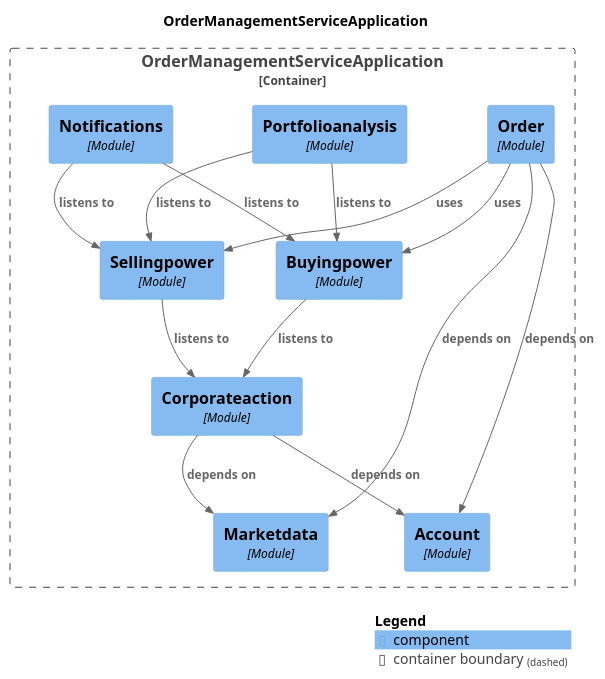
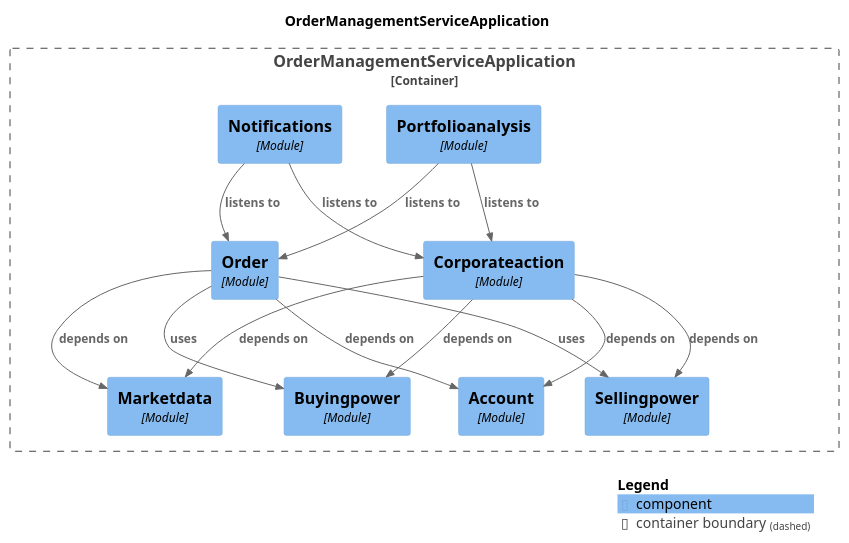
One commit to NosearY/order-management-service-reference-implementation changed the diagram in static/spring-modulith-docs/components.puml. Above: the diagram before and after it, drawn with PlantUML. The commit also changed 22 other files, not shown here.

```diff
--- a/static/spring-modulith-docs/components.puml
+++ b/static/spring-modulith-docs/components.puml
@@ -1,36 +1,36 @@
 @startuml
 set separator none
 title OrderManagementServiceApplication
 
 top to bottom direction
 
 !include <C4/C4>
 !include <C4/C4_Context>
 !include <C4/C4_Component>
 
 Container_Boundary("OrderManagementServiceApplication.OrderManagementServiceApplication_boundary", "OrderManagementServiceApplication", $tags="") {
   Component(OrderManagementServiceApplication.OrderManagementServiceApplication.Order, "Order", $techn="Module", $descr="", $tags="", $link="")
   Component(OrderManagementServiceApplication.OrderManagementServiceApplication.Portfolioanalysis, "Portfolioanalysis", $techn="Module", $descr="", $tags="", $link="")
   Component(OrderManagementServiceApplication.OrderManagementServiceApplication.Corporateaction, "Corporateaction", $techn="Module", $descr="", $tags="", $link="")
+  Component(OrderManagementServiceApplication.OrderManagementServiceApplication.Buyingpower, "Buyingpower", $techn="Module", $descr="", $tags="", $link="")
   Component(OrderManagementServiceApplication.OrderManagementServiceApplication.Marketdata, "Marketdata", $techn="Module", $descr="", $tags="", $link="")
   Component(OrderManagementServiceApplication.OrderManagementServiceApplication.Sellingpower, "Sellingpower", $techn="Module", $descr="", $tags="", $link="")
-  Component(OrderManagementServiceApplication.OrderManagementServiceApplication.Buyingpower, "Buyingpower", $techn="Module", $descr="", $tags="", $link="")
+  Component(OrderManagementServiceApplication.OrderManagementServiceApplication.Notifications, "Notifications", $techn="Module", $descr="", $tags="", $link="")
   Component(OrderManagementServiceApplication.OrderManagementServiceApplication.Account, "Account", $techn="Module", $descr="", $tags="", $link="")
-  Component(OrderManagementServiceApplication.OrderManagementServiceApplication.Notifications, "Notifications", $techn="Module", $descr="", $tags="", $link="")
 }
 
-Rel(OrderManagementServiceApplication.OrderManagementServiceApplication.Notifications, OrderManagementServiceApplication.OrderManagementServiceApplication.Sellingpower, "listens to", $techn="", $tags="", $link="")
-Rel(OrderManagementServiceApplication.OrderManagementServiceApplication.Notifications, OrderManagementServiceApplication.OrderManagementServiceApplication.Buyingpower, "listens to", $techn="", $tags="", $link="")
-Rel(OrderManagementServiceApplication.OrderManagementServiceApplication.Buyingpower, OrderManagementServiceApplication.OrderManagementServiceApplication.Corporateaction, "listens to", $techn="", $tags="", $link="")
-Rel(OrderManagementServiceApplication.OrderManagementServiceApplication.Sellingpower, OrderManagementServiceApplication.OrderManagementServiceApplication.Corporateaction, "listens to", $techn="", $tags="", $link="")
+Rel(OrderManagementServiceApplication.OrderManagementServiceApplication.Notifications, OrderManagementServiceApplication.OrderManagementServiceApplication.Corporateaction, "listens to", $techn="", $tags="", $link="")
+Rel(OrderManagementServiceApplication.OrderManagementServiceApplication.Notifications, OrderManagementServiceApplication.OrderManagementServiceApplication.Order, "listens to", $techn="", $tags="", $link="")
+Rel(OrderManagementServiceApplication.OrderManagementServiceApplication.Corporateaction, OrderManagementServiceApplication.OrderManagementServiceApplication.Marketdata, "depends on", $techn="", $tags="", $link="")
+Rel(OrderManagementServiceApplication.OrderManagementServiceApplication.Corporateaction, OrderManagementServiceApplication.OrderManagementServiceApplication.Account, "depends on", $techn="", $tags="", $link="")
+Rel(OrderManagementServiceApplication.OrderManagementServiceApplication.Corporateaction, OrderManagementServiceApplication.OrderManagementServiceApplication.Buyingpower, "depends on", $techn="", $tags="", $link="")
+Rel(OrderManagementServiceApplication.OrderManagementServiceApplication.Corporateaction, OrderManagementServiceApplication.OrderManagementServiceApplication.Sellingpower, "depends on", $techn="", $tags="", $link="")
 Rel(OrderManagementServiceApplication.OrderManagementServiceApplication.Order, OrderManagementServiceApplication.OrderManagementServiceApplication.Account, "depends on", $techn="", $tags="", $link="")
 Rel(OrderManagementServiceApplication.OrderManagementServiceApplication.Order, OrderManagementServiceApplication.OrderManagementServiceApplication.Marketdata, "depends on", $techn="", $tags="", $link="")
 Rel(OrderManagementServiceApplication.OrderManagementServiceApplication.Order, OrderManagementServiceApplication.OrderManagementServiceApplication.Buyingpower, "uses", $techn="", $tags="", $link="")
 Rel(OrderManagementServiceApplication.OrderManagementServiceApplication.Order, OrderManagementServiceApplication.OrderManagementServiceApplication.Sellingpower, "uses", $techn="", $tags="", $link="")
-Rel(OrderManagementServiceApplication.OrderManagementServiceApplication.Portfolioanalysis, OrderManagementServiceApplication.OrderManagementServiceApplication.Buyingpower, "listens to", $techn="", $tags="", $link="")
-Rel(OrderManagementServiceApplication.OrderManagementServiceApplication.Portfolioanalysis, OrderManagementServiceApplication.OrderManagementServiceApplication.Sellingpower, "listens to", $techn="", $tags="", $link="")
-Rel(OrderManagementServiceApplication.OrderManagementServiceApplication.Corporateaction, OrderManagementServiceApplication.OrderManagementServiceApplication.Marketdata, "depends on", $techn="", $tags="", $link="")
-Rel(OrderManagementServiceApplication.OrderManagementServiceApplication.Corporateaction, OrderManagementServiceApplication.OrderManagementServiceApplication.Account, "depends on", $techn="", $tags="", $link="")
+Rel(OrderManagementServiceApplication.OrderManagementServiceApplication.Portfolioanalysis, OrderManagementServiceApplication.OrderManagementServiceApplication.Corporateaction, "listens to", $techn="", $tags="", $link="")
+Rel(OrderManagementServiceApplication.OrderManagementServiceApplication.Portfolioanalysis, OrderManagementServiceApplication.OrderManagementServiceApplication.Order, "listens to", $techn="", $tags="", $link="")
 
 SHOW_LEGEND(true)
 @enduml
```
